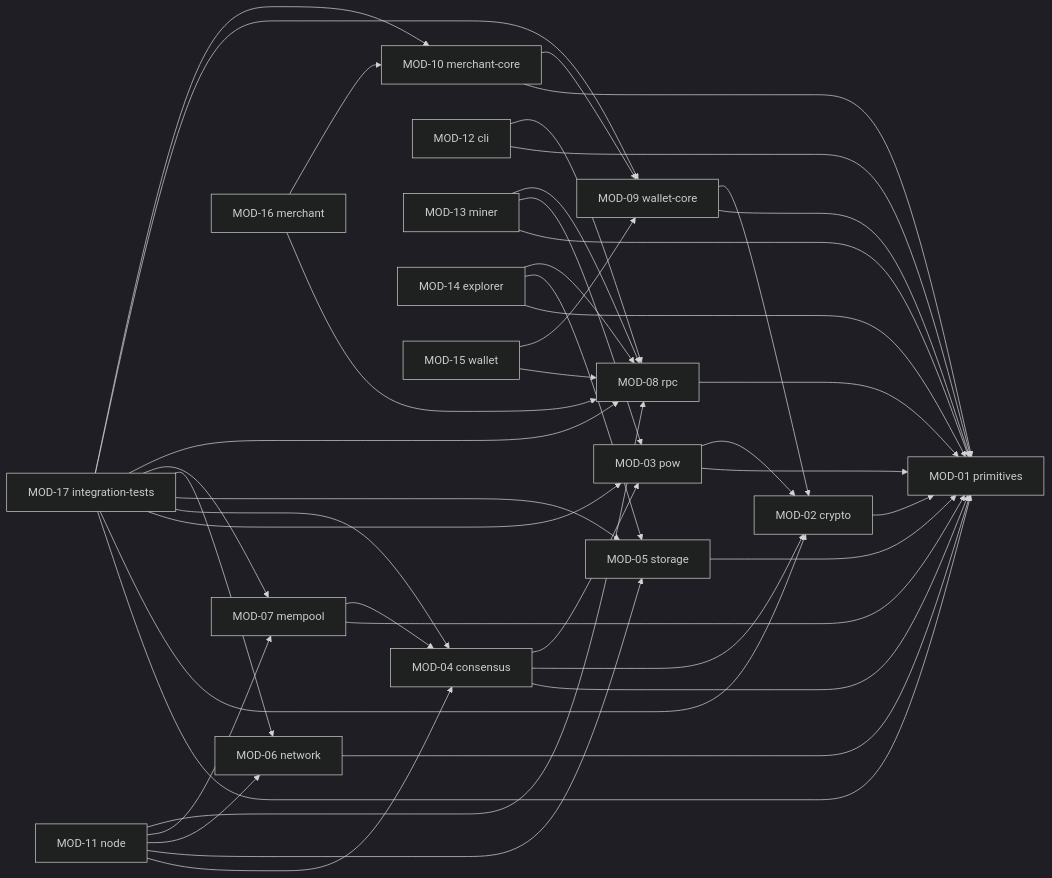
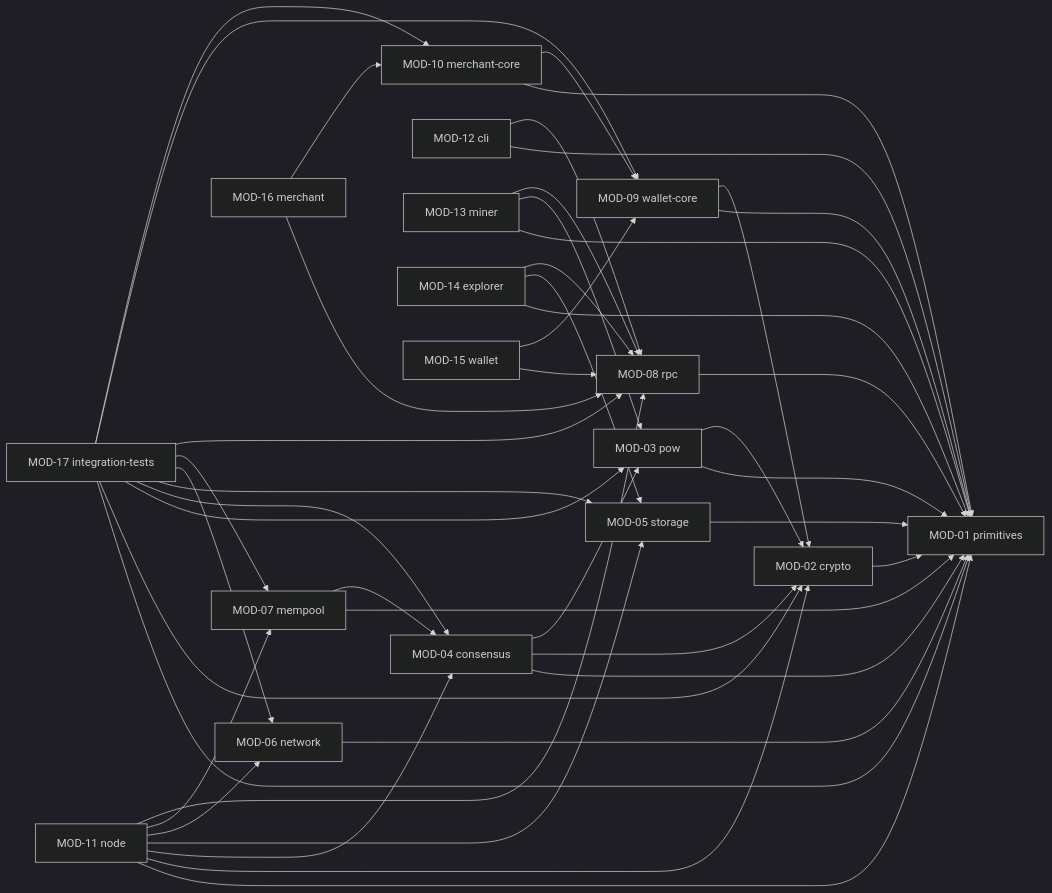
One commit to ratuaurion-dev/zevrigo changed the diagram in docs/system-map.md. Above: the diagram before and after it, drawn with Mermaid (dark theme). The commit also changed other lines of this file and 10 other files, not shown here.

````diff
--- a/docs/system-map.md
+++ b/docs/system-map.md
@@ -31,70 +31,72 @@
 ```mermaid
 graph LR
     MOD01["MOD-01 primitives"]
     MOD02["MOD-02 crypto"]
     MOD03["MOD-03 pow"]
     MOD04["MOD-04 consensus"]
     MOD05["MOD-05 storage"]
     MOD06["MOD-06 network"]
     MOD07["MOD-07 mempool"]
     MOD08["MOD-08 rpc"]
     MOD09["MOD-09 wallet-core"]
     MOD10["MOD-10 merchant-core"]
     MOD11["MOD-11 node"]
     MOD12["MOD-12 cli"]
     MOD13["MOD-13 miner"]
     MOD14["MOD-14 explorer"]
     MOD15["MOD-15 wallet"]
     MOD16["MOD-16 merchant"]
     MOD17["MOD-17 integration-tests"]
 
     MOD02 --> MOD01
     MOD03 --> MOD01
     MOD03 --> MOD02
     MOD04 --> MOD01
     MOD04 --> MOD02
     MOD04 --> MOD03
     MOD05 --> MOD01
     MOD06 --> MOD01
     MOD07 --> MOD01
     MOD07 --> MOD04
     MOD08 --> MOD01
     MOD09 --> MOD01
     MOD09 --> MOD02
     MOD10 --> MOD01
     MOD10 --> MOD09
 
+    MOD11 --> MOD01
+    MOD11 --> MOD02
     MOD11 --> MOD04
     MOD11 --> MOD05
     MOD11 --> MOD06
     MOD11 --> MOD07
     MOD11 --> MOD08
 
     MOD12 --> MOD01
     MOD12 --> MOD08
 
     MOD13 --> MOD01
     MOD13 --> MOD03
     MOD13 --> MOD08
 
     MOD14 --> MOD01
     MOD14 --> MOD05
     MOD14 --> MOD08
 
     MOD15 --> MOD08
     MOD15 --> MOD09
 
     MOD16 --> MOD08
     MOD16 --> MOD10
 
     MOD17 --> MOD01
     MOD17 --> MOD02
     MOD17 --> MOD03
     MOD17 --> MOD04
     MOD17 --> MOD05
     MOD17 --> MOD06
     MOD17 --> MOD07
     MOD17 --> MOD08
     MOD17 --> MOD09
     MOD17 --> MOD10
 ```
````
